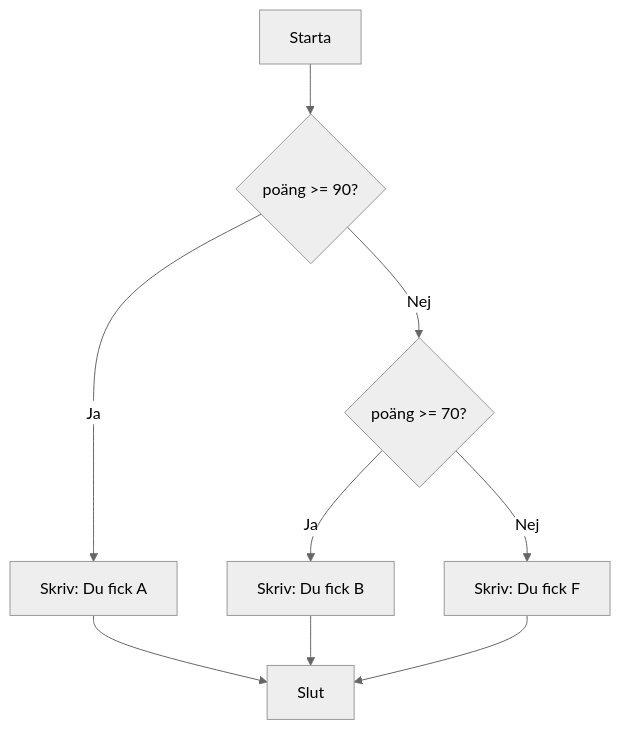
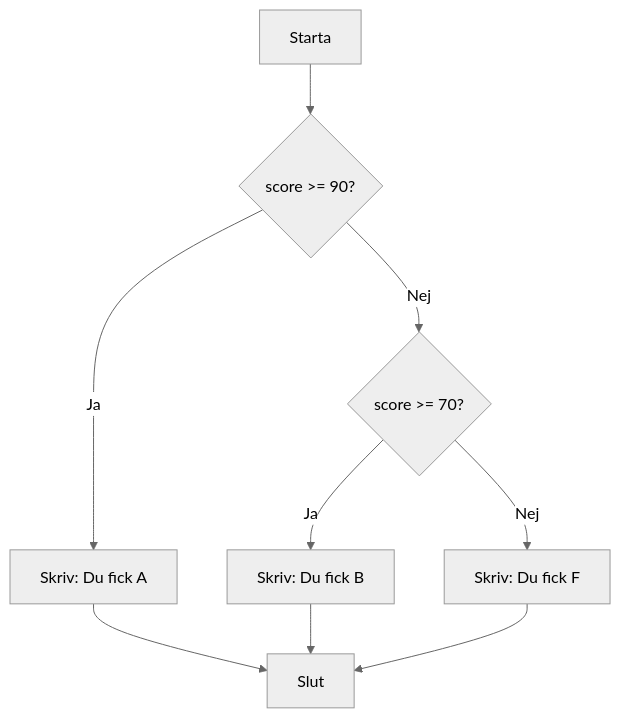
Before and after one commit to marcusjobb/programmering-csharp: the diagram in docs/if/if-else.md, drawn with Mermaid (neutral theme). The commit also changed other lines of this file and 22 other files, not shown here.

````diff
--- a/docs/if/if-else.md
+++ b/docs/if/if-else.md
@@ -86,11 +86,11 @@
 ```mermaid
 flowchart TD
-    A[Starta] --> B{poäng >= 90?}
+    A[Starta] --> B{score >= 90?}
     B -->|Ja| C[Skriv: Du fick A]
-    B -->|Nej| D{poäng >= 70?}
+    B -->|Nej| D{score >= 70?}
     D -->|Ja| E[Skriv: Du fick B]
     D -->|Nej| F[Skriv: Du fick F]
     C --> G[Slut]
     E --> G
     F --> G
 ```
````
